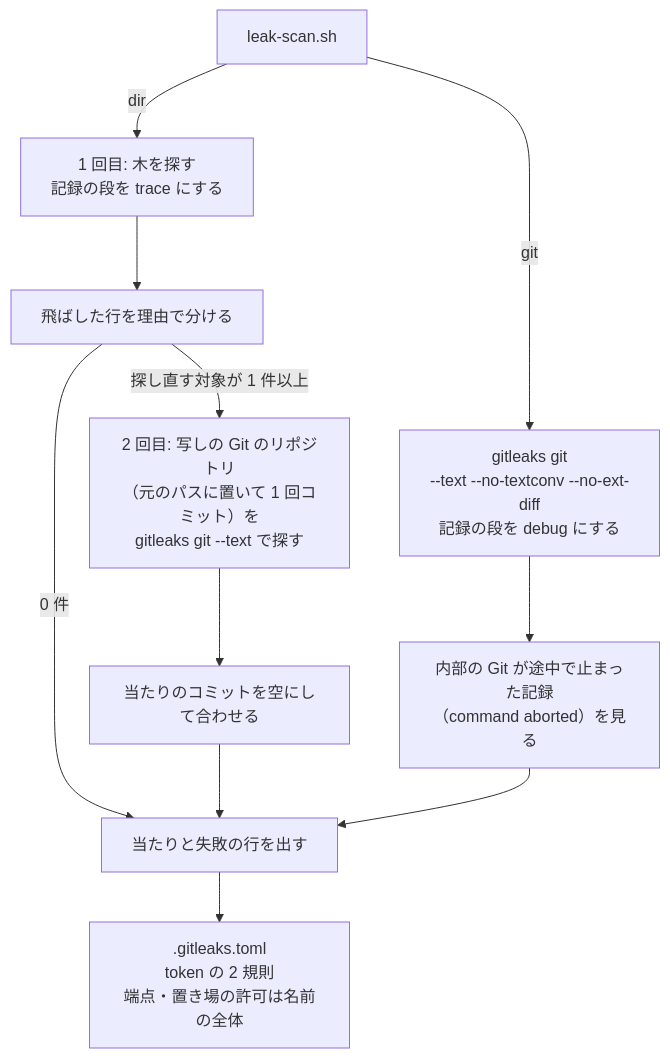
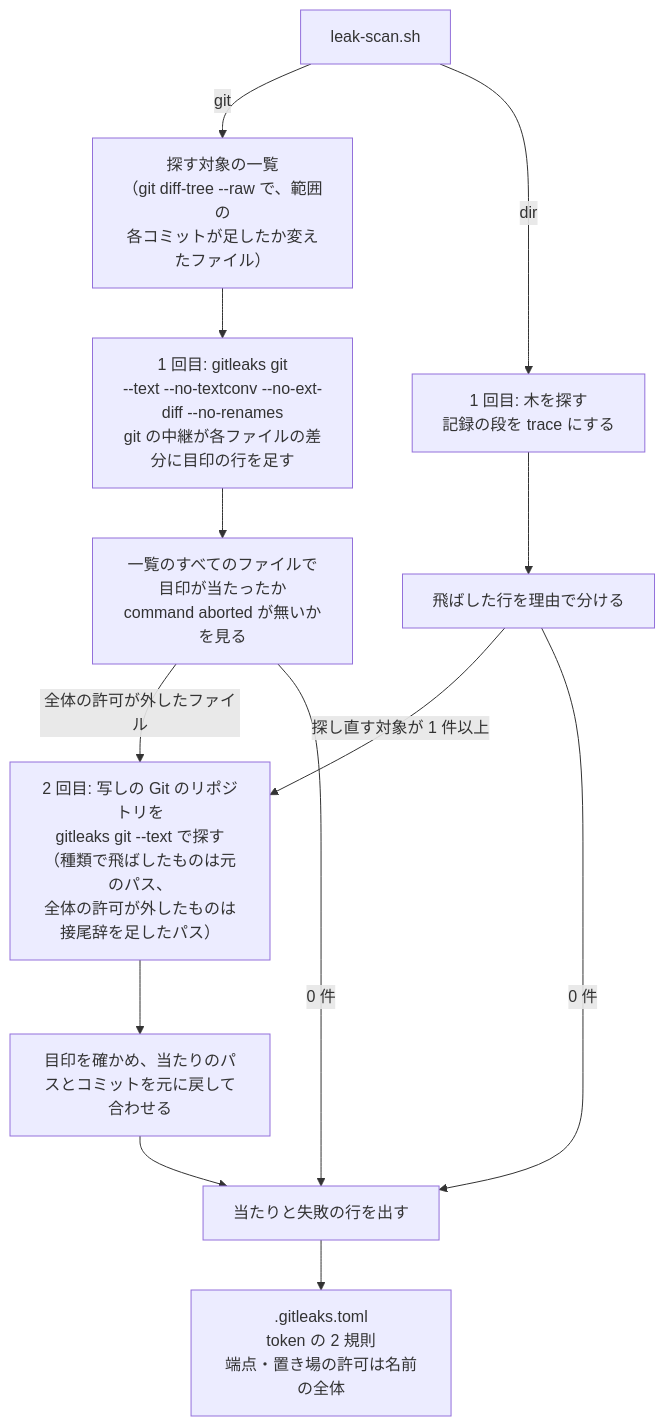
The second of 3 diagrams in issues/issue-98-design.md (devbasex/nd-factory), drawn with Mermaid before and after one commit. The commit also changed other lines of this file, not shown here.

First line of the commit message:
設計の見直し: #98 の履歴の探す対象を Git の一覧で決め、目印の行で読み終えたことを確かめる

````diff
--- a/issues/issue-98-design.md
+++ b/issues/issue-98-design.md
@@ -66,13 +68,15 @@
 ```mermaid
 flowchart TD
-    scan["leak-scan.sh"] -->|git| ggit["gitleaks git<br/>--text --no-textconv --no-ext-diff<br/>記録の段を debug にする"]
-    ggit --> gchk["内部の Git が途中で止まった記録<br/>（command aborted）を見る"]
+    scan["leak-scan.sh"] -->|git| list["探す対象の一覧<br/>（git diff-tree --raw で、範囲の<br/>各コミットが足したか変えたファイル）"]
+    list --> ggit["1 回目: gitleaks git<br/>--text --no-textconv --no-ext-diff --no-renames<br/>git の中継が各ファイルの差分に目印の行を足す"]
+    ggit --> gchk["一覧のすべてのファイルで目印が当たったか<br/>command aborted が無いかを見る"]
     scan -->|dir| p1["1 回目: 木を探す<br/>記録の段を trace にする"]
     p1 --> pick["飛ばした行を理由で分ける"]
-    pick -->|探し直す対象が 1 件以上| p2["2 回目: 写しの Git のリポジトリ<br/>（元のパスに置いて 1 回コミット）を<br/>gitleaks git --text で探す"]
-    p2 --> merge["当たりのコミットを空にして合わせる"]
+    gchk -->|全体の許可が外したファイル| p2
+    pick -->|探し直す対象が 1 件以上| p2["2 回目: 写しの Git のリポジトリを<br/>gitleaks git --text で探す<br/>（種類で飛ばしたものは元のパス、<br/>全体の許可が外したものは接尾辞を足したパス）"]
+    p2 --> merge["目印を確かめ、当たりのパスとコミットを元に戻して合わせる"]
     pick -->|0 件| out["当たりと失敗の行を出す"]
+    gchk -->|0 件| out
     merge --> out
-    gchk --> out
     out --> rules[".gitleaks.toml<br/>token の 2 規則<br/>端点・置き場の許可は名前の全体"]
 ```
````
